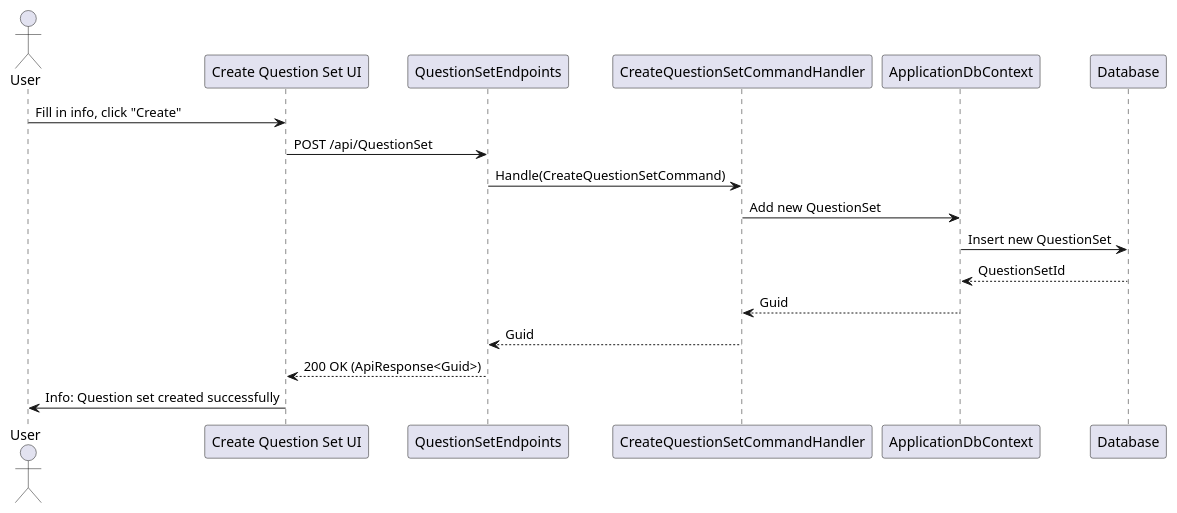
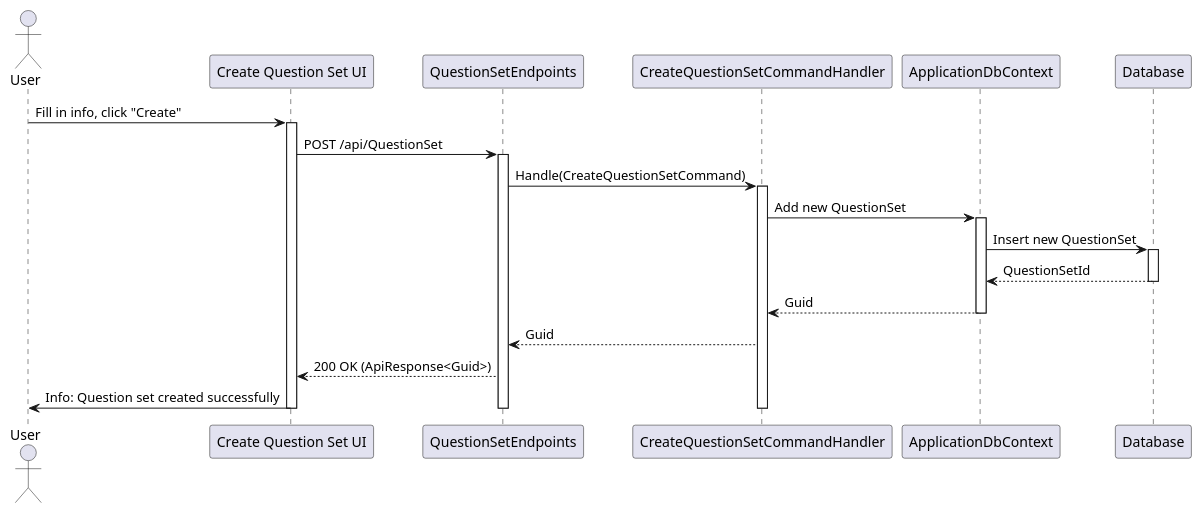
The diagram in QuestionSets/Sequence/CreateQuestionSetCommand.puml (thanhkhac/SEP_Diagram), drawn with PlantUML before and after one commit. The commit also changed 5 other files, not shown here.

First line of the commit message:
Add activation and deactivation steps to sequence diagrams

```diff
--- a/QuestionSets/Sequence/CreateQuestionSetCommand.puml
+++ b/QuestionSets/Sequence/CreateQuestionSetCommand.puml
@@ -1,20 +1,29 @@
 @startuml
 actor User
 participant "Create Question Set UI" as UI
 participant QuestionSetEndpoints
 participant CreateQuestionSetCommandHandler as Handler
 participant ApplicationDbContext
 participant Database
 
 User -> UI : Fill in info, click "Create"
+activate UI
 UI -> QuestionSetEndpoints : POST /api/QuestionSet
+activate QuestionSetEndpoints
 QuestionSetEndpoints -> Handler : Handle(CreateQuestionSetCommand)
+activate Handler
 Handler -> ApplicationDbContext : Add new QuestionSet
+activate ApplicationDbContext
 ApplicationDbContext -> Database : Insert new QuestionSet
+activate Database
 Database --> ApplicationDbContext : QuestionSetId
+deactivate Database
 ApplicationDbContext --> Handler : Guid
+deactivate ApplicationDbContext
 Handler --> QuestionSetEndpoints : Guid
 QuestionSetEndpoints --> UI : 200 OK (ApiResponse<Guid>)
 UI -> User : Info: Question set created successfully
-
+deactivate Handler
+deactivate QuestionSetEndpoints
+deactivate UI
 @enduml 
```
